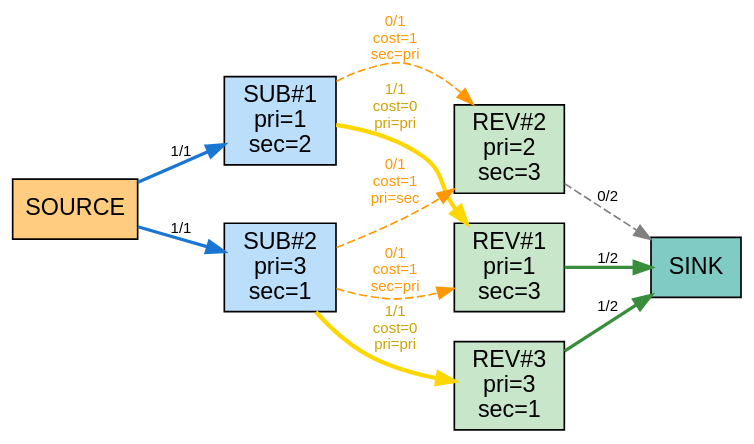
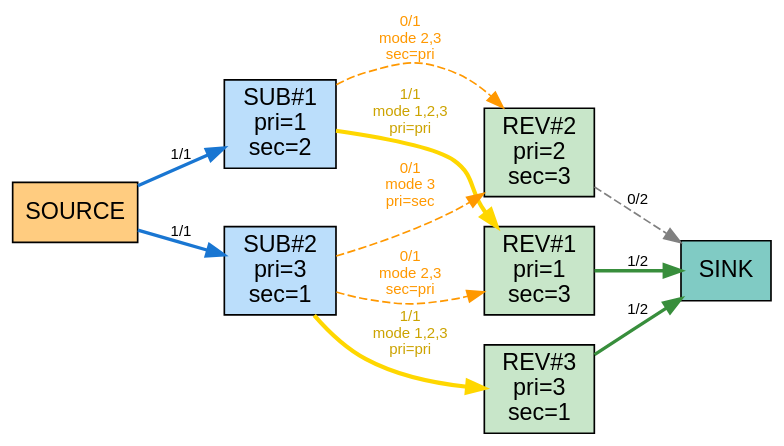
One commit to AlexDTT/MaxflowProject changed the diagram in dox/t24_example.dot. Above: the diagram before and after it, drawn with Graphviz.

Commit message:
Update flow graph documentation to clarify match modes and costs

```diff
--- a/dox/t24_example.dot
+++ b/dox/t24_example.dot
@@ -1,37 +1,37 @@
 digraph T24_Example {
     rankdir=LR;
     graph [bgcolor="transparent"];
     node [shape=box, style=filled, fillcolor=white, fontname="Helvetica"];
     edge [fontname="Helvetica", fontsize=9];
 
     // Source and Sink
     "SOURCE" [fillcolor="#ffcc80"];
     "SINK"   [fillcolor="#80cbc4"];
 
     // Submissions (with primary and secondary)
     "SUB#1\npri=1\nsec=2" [fillcolor="#bbdefb"];
     "SUB#2\npri=3\nsec=1" [fillcolor="#bbdefb"];
 
     // Reviewers (with primary and secondary)
     "REV#1\npri=1\nsec=3" [fillcolor="#c8e6c9"];
     "REV#2\npri=2\nsec=3" [fillcolor="#c8e6c9"];
     "REV#3\npri=3\nsec=1" [fillcolor="#c8e6c9"];
 
     // Source -> Submissions (cap=1)
     "SOURCE" -> "SUB#1\npri=1\nsec=2" [label="1/1", color="#1976d2", penwidth=2.0];
     "SOURCE" -> "SUB#2\npri=3\nsec=1" [label="1/1", color="#1976d2", penwidth=2.0];
 
-    // Primary-Primary matches (cost 0, gold)
-    "SUB#1\npri=1\nsec=2" -> "REV#1\npri=1\nsec=3" [label="1/1\ncost=0\npri=pri", color="#ffd700", fontcolor="#cca300", penwidth=2.5];
-    "SUB#2\npri=3\nsec=1" -> "REV#3\npri=3\nsec=1" [label="1/1\ncost=0\npri=pri", color="#ffd700", fontcolor="#cca300", penwidth=2.5];
+    // Primary-Primary matches (allowed in modes 1,2,3 - gold, used in flow)
+    "SUB#1\npri=1\nsec=2" -> "REV#1\npri=1\nsec=3" [label="1/1\nmode 1,2,3\npri=pri", color="#ffd700", fontcolor="#cca300", penwidth=2.5];
+    "SUB#2\npri=3\nsec=1" -> "REV#3\npri=3\nsec=1" [label="1/1\nmode 1,2,3\npri=pri", color="#ffd700", fontcolor="#cca300", penwidth=2.5];
 
-    // Cross matches (cost 1, orange, dashed - not used in optimal)
-    "SUB#1\npri=1\nsec=2" -> "REV#2\npri=2\nsec=3" [label="0/1\ncost=1\nsec=pri", color="#ff9800", fontcolor="#ff9800", style=dashed];
-    "SUB#2\npri=3\nsec=1" -> "REV#1\npri=1\nsec=3" [label="0/1\ncost=1\nsec=pri", color="#ff9800", fontcolor="#ff9800", style=dashed];
-    "SUB#2\npri=3\nsec=1" -> "REV#2\npri=2\nsec=3" [label="0/1\ncost=1\npri=sec", color="#ff9800", fontcolor="#ff9800", style=dashed];
+    // Cross matches (allowed in modes 2,3 - orange, dashed, not used)
+    "SUB#1\npri=1\nsec=2" -> "REV#2\npri=2\nsec=3" [label="0/1\nmode 2,3\nsec=pri", color="#ff9800", fontcolor="#ff9800", style=dashed];
+    "SUB#2\npri=3\nsec=1" -> "REV#1\npri=1\nsec=3" [label="0/1\nmode 2,3\nsec=pri", color="#ff9800", fontcolor="#ff9800", style=dashed];
+    "SUB#2\npri=3\nsec=1" -> "REV#2\npri=2\nsec=3" [label="0/1\nmode 3\npri=sec", color="#ff9800", fontcolor="#ff9800", style=dashed];
 
     // Reviewers -> Sink (cap=2)
     "REV#1\npri=1\nsec=3" -> "SINK" [label="1/2", color="#388e3c", penwidth=2.0];
     "REV#2\npri=2\nsec=3" -> "SINK" [label="0/2", color=gray, style=dashed];
     "REV#3\npri=3\nsec=1" -> "SINK" [label="1/2", color="#388e3c", penwidth=2.0];
 }
```
